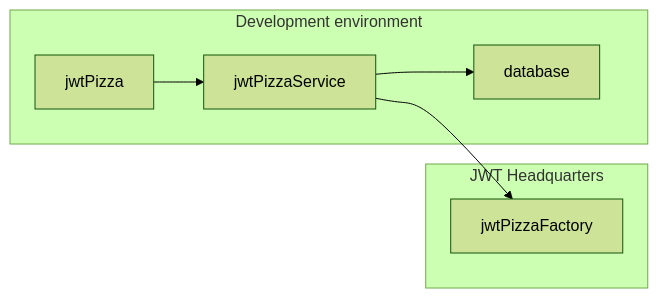
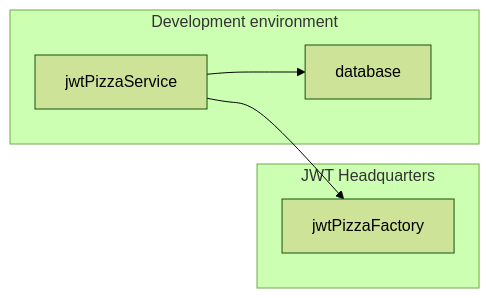
The first of 2 diagrams in instruction/jwtPizzaService/jwtPizzaService.md (devops329/devops), drawn with Mermaid (forest theme) before and after one commit. The commit also changed other lines of this file and 3 other files, not shown here.

````diff
--- a/instruction/jwtPizzaService/jwtPizzaService.md
+++ b/instruction/jwtPizzaService/jwtPizzaService.md
@@ -16,10 +16,10 @@
 ```mermaid
 graph LR;
     subgraph  Development environment
-    jwtPizza-->jwtPizzaService
+    jwtPizzaService
     jwtPizzaService-->database
     end
     subgraph JWT Headquarters
     jwtPizzaService-->jwtPizzaFactory
     end
 ```
````
